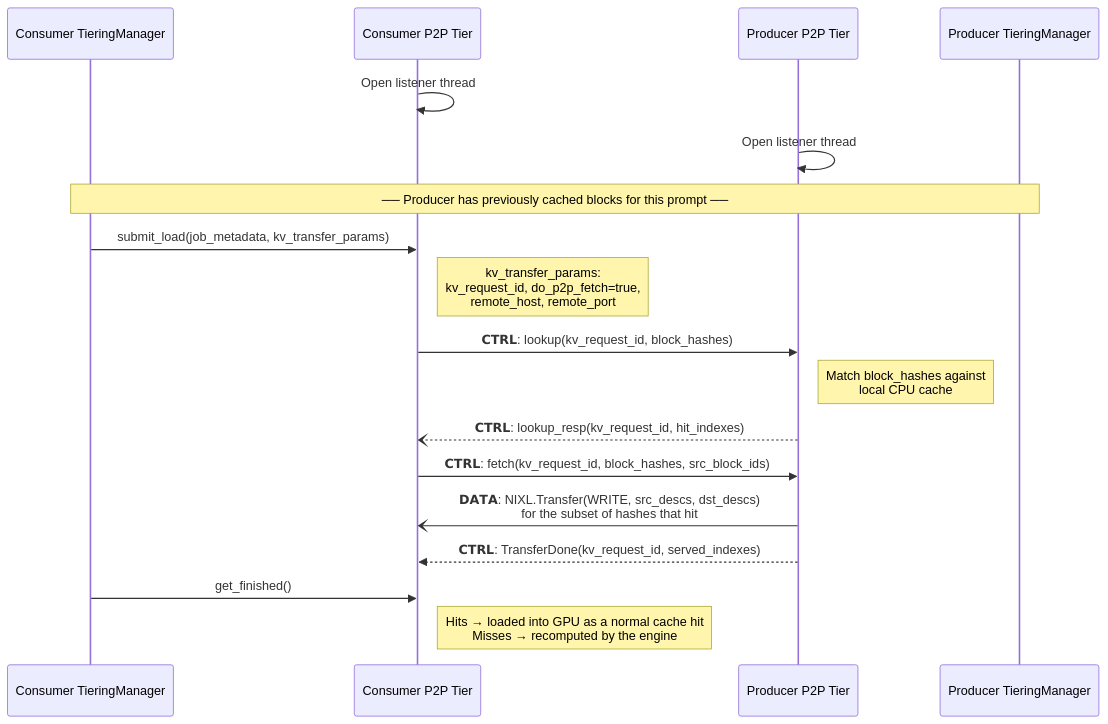
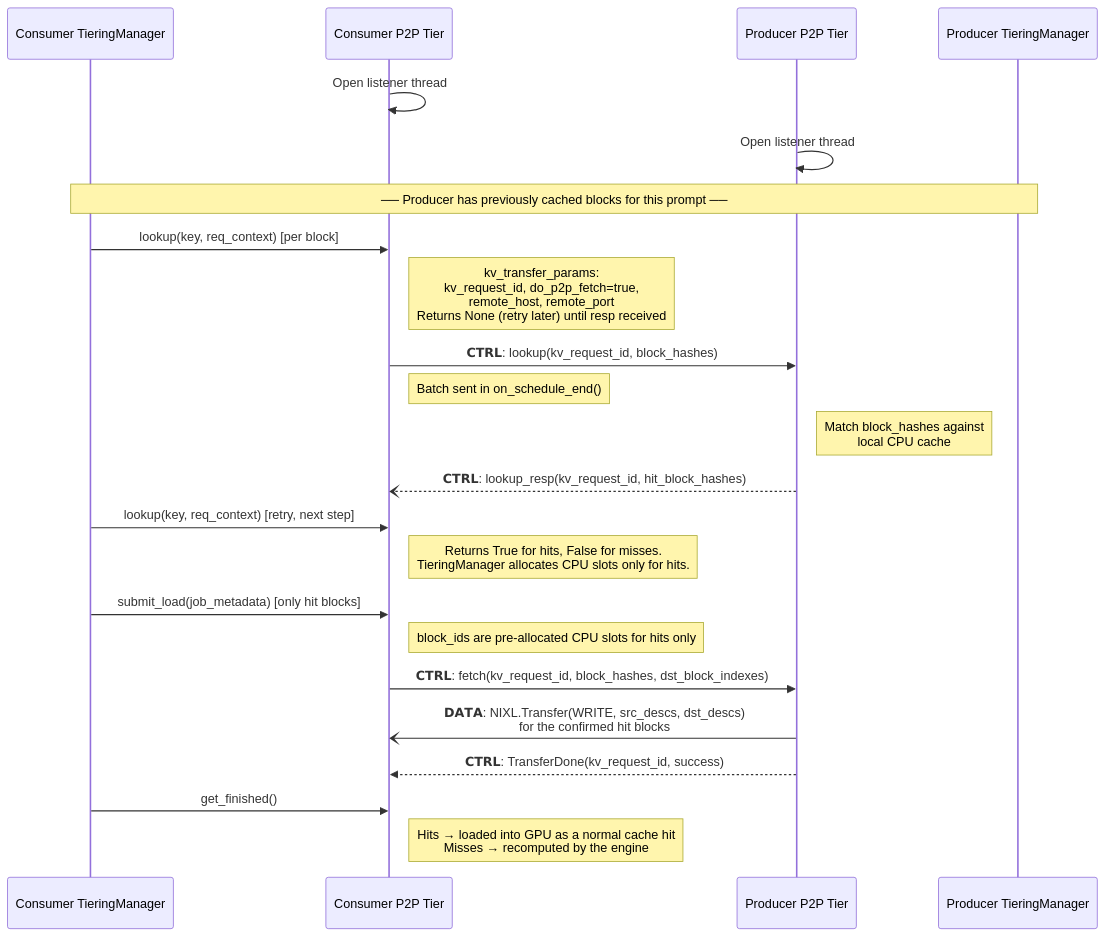
One commit to vllm-project/vllm changed the diagram in vllm/v1/kv_offload/tiering/p2p/p2p-plan.md. Above: the diagram before and after it, drawn with Mermaid.

````diff
--- a/vllm/v1/kv_offload/tiering/p2p/p2p-plan.md
+++ b/vllm/v1/kv_offload/tiering/p2p/p2p-plan.md
@@ -5,30 +5,37 @@
 ```mermaid
 
 sequenceDiagram
     participant Cons_TM as Consumer TieringManager
     participant Cons_P2P as Consumer P2P Tier
     participant Prod_P2P as Producer P2P Tier
     participant Prod_TM as Producer TieringManager
 
     Cons_P2P->>Cons_P2P: Open listener thread
     Prod_P2P->>Prod_P2P: Open listener thread
 
     Note over Cons_TM,Prod_TM: ── Producer has previously cached blocks for this prompt ──
 
-    Cons_TM->>Cons_P2P: submit_load(job_metadata, kv_transfer_params)
-    Note right of Cons_P2P: kv_transfer_params:<br/>kv_request_id, do_p2p_fetch=true,<br/>remote_host, remote_port
+    Cons_TM->>Cons_P2P: lookup(key, req_context) [per block]
+    Note right of Cons_P2P: kv_transfer_params:<br/>kv_request_id, do_p2p_fetch=true,<br/>remote_host, remote_port<br/>Returns None (retry later) until resp received
 
     Cons_P2P->>Prod_P2P: 𝗖𝗧𝗥𝗟: lookup(kv_request_id, block_hashes)
+    Note right of Cons_P2P: Batch sent in on_schedule_end()
 
     Note right of Prod_P2P: Match block_hashes against<br/>local CPU cache
 
-    Prod_P2P--)Cons_P2P: 𝗖𝗧𝗥𝗟: lookup_resp(kv_request_id, hit_indexes)
+    Prod_P2P--)Cons_P2P: 𝗖𝗧𝗥𝗟: lookup_resp(kv_request_id, hit_block_hashes)
 
-    Cons_P2P->>Prod_P2P: 𝗖𝗧𝗥𝗟: fetch(kv_request_id, block_hashes, src_block_ids)
+    Cons_TM->>Cons_P2P: lookup(key, req_context) [retry, next step]
+    Note right of Cons_P2P: Returns True for hits, False for misses.<br/>TieringManager allocates CPU slots only for hits.
 
-    Prod_P2P-)Cons_P2P: 𝗗𝗔𝗧𝗔: NIXL.Transfer(WRITE, src_descs, dst_descs) <br/> for the subset of hashes that hit
-    Prod_P2P-->>Cons_P2P:  𝗖𝗧𝗥𝗟: TransferDone(kv_request_id, served_indexes)
+    Cons_TM->>Cons_P2P: submit_load(job_metadata) [only hit blocks]
+    Note right of Cons_P2P: block_ids are pre-allocated CPU slots for hits only
+
+    Cons_P2P->>Prod_P2P: 𝗖𝗧𝗥𝗟: fetch(kv_request_id, block_hashes, dst_block_indexes)
+
+    Prod_P2P-)Cons_P2P: 𝗗𝗔𝗧𝗔: NIXL.Transfer(WRITE, src_descs, dst_descs) <br/> for the confirmed hit blocks
+    Prod_P2P-->>Cons_P2P:  𝗖𝗧𝗥𝗟: TransferDone(kv_request_id, success)
 
     Cons_TM->>Cons_P2P: get_finished()
     Note right of Cons_P2P: Hits → loaded into GPU as a normal cache hit<br/>Misses → recomputed by the engine
 ```
````
